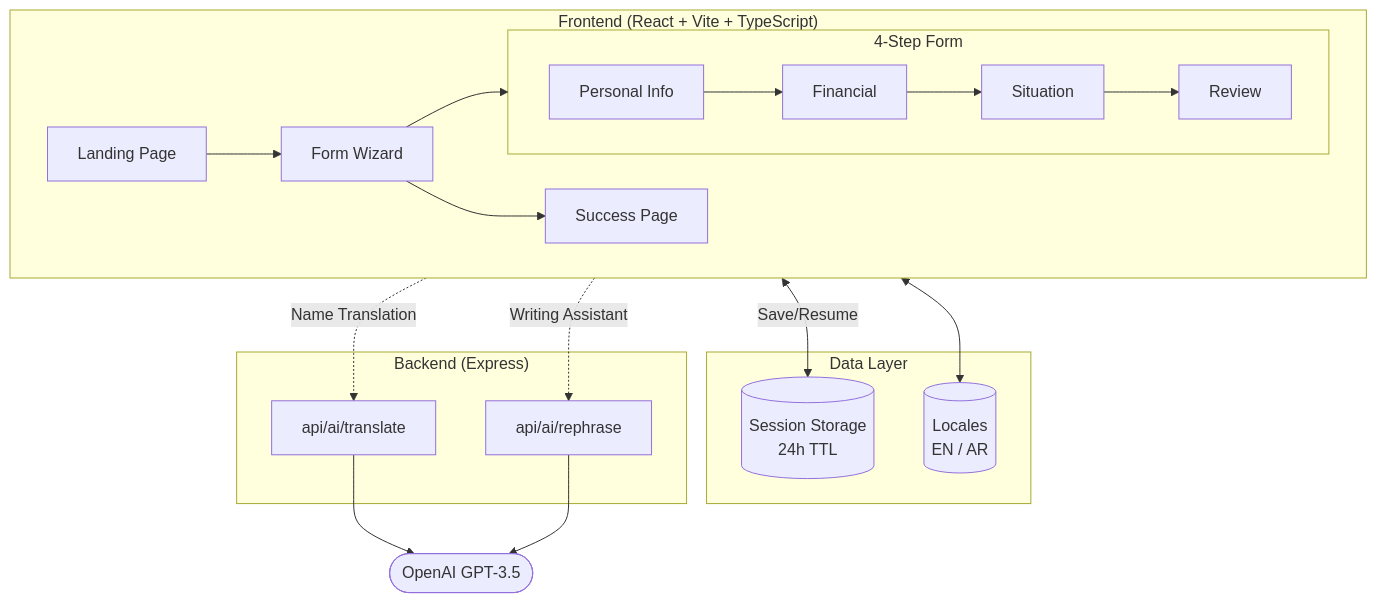
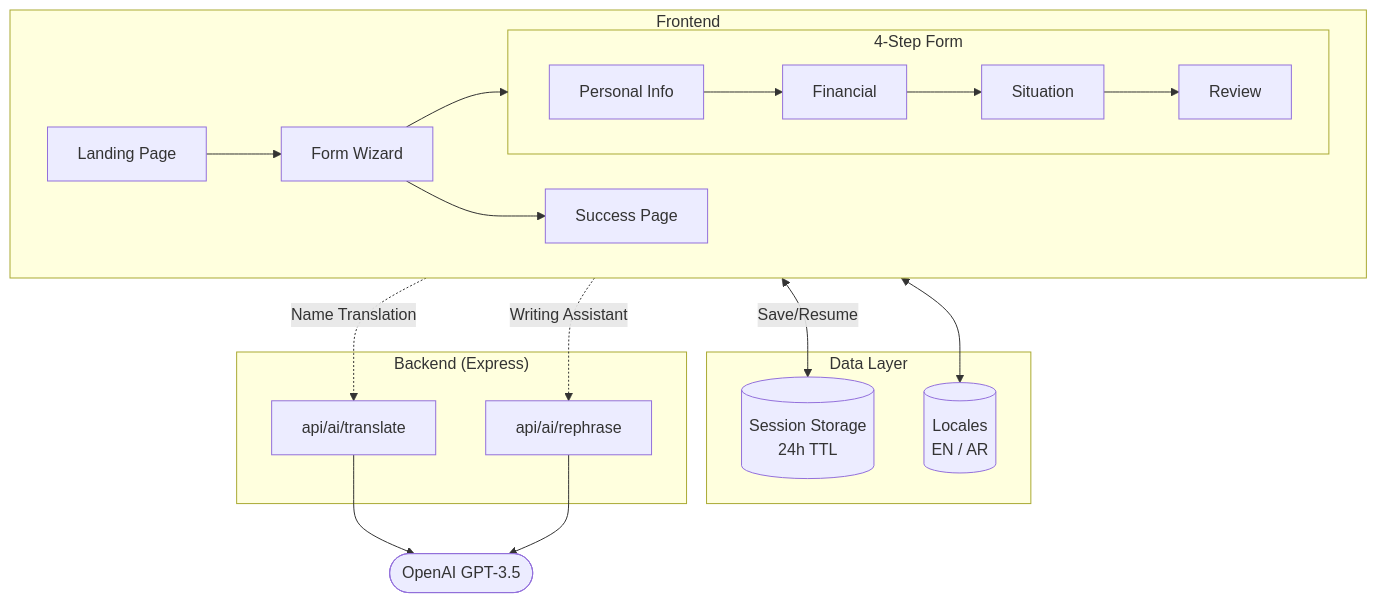
The diagram in README.md (yz-abdulrehman-khan/social-support-app), drawn with Mermaid before and after one commit.

````diff
--- a/README.md
+++ b/README.md
@@ -87,31 +87,31 @@
 ```mermaid
 flowchart TB
-    subgraph Client["Frontend (React + Vite + TypeScript)"]
+    subgraph Client["Frontend"]
         direction LR
         Landing[Landing Page] --> Form[Form Wizard]
         Form --> Success[Success Page]
 
         subgraph FormSteps[4-Step Form]
             S1[Personal Info] --> S2[Financial] --> S3[Situation] --> S4[Review]
         end
     end
 
     subgraph Data["Data Layer"]
         Storage[(Session Storage<br/>24h TTL)]
         i18n[(Locales<br/>EN / AR)]
     end
 
     subgraph Server["Backend (Express)"]
         Translate["api/ai/translate"]
         Rephrase["api/ai/rephrase"]
     end
 
     OpenAI([OpenAI GPT-3.5])
 
     Form --> FormSteps
     Form <--> |Save/Resume| Storage
     Client <--> i18n
     S1 -.-> |Name Translation| Translate
     S3 -.-> |Writing Assistant| Rephrase
     Translate & Rephrase --> OpenAI
 ```
````
